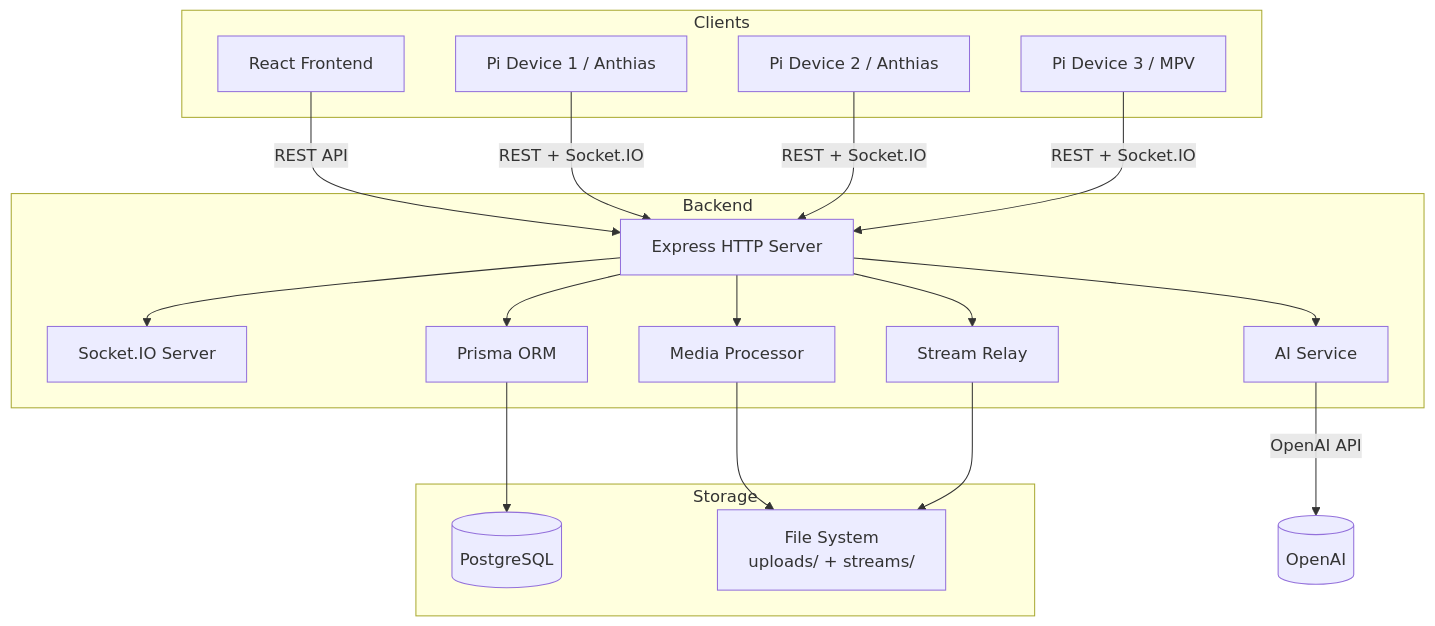
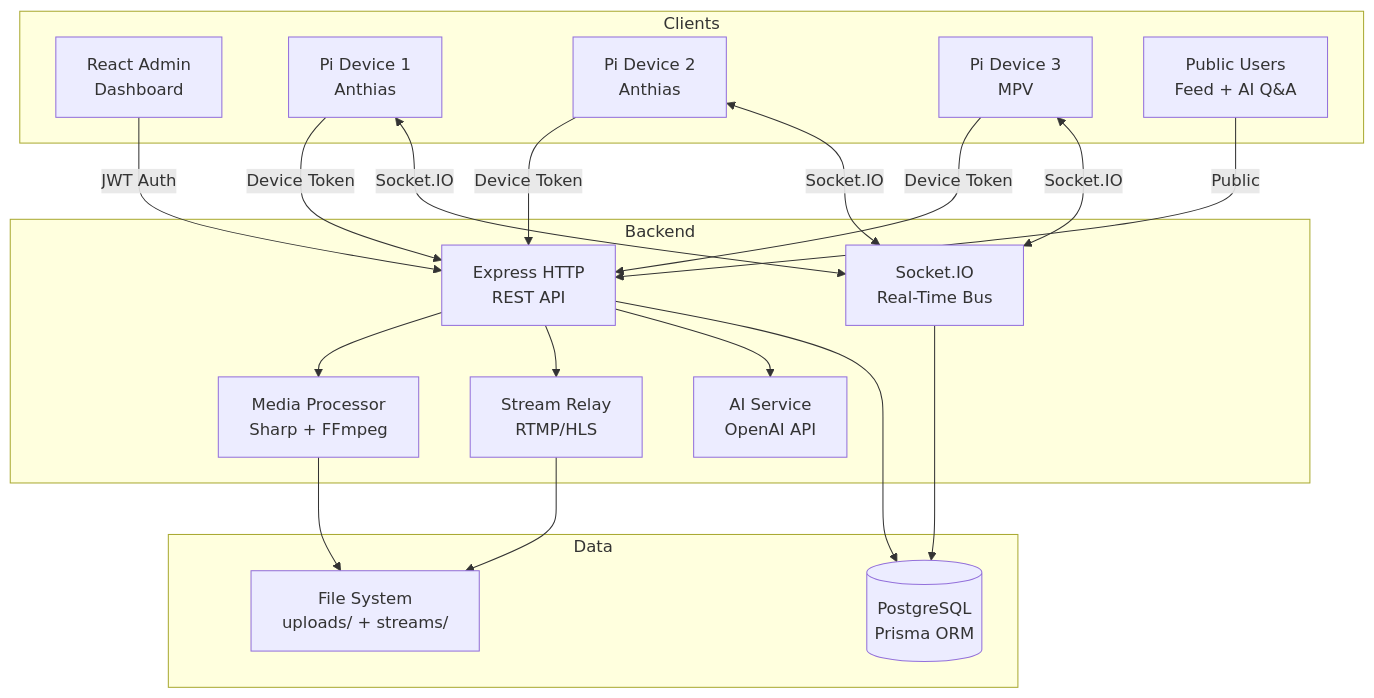
One commit to DevaBDM/Smart-Signage-System changed the first of 4 diagrams in backend/README.md. Above: the diagram before and after it, drawn with Mermaid. The commit also changed other lines of this file and 10 other files, not shown here.

````diff
--- a/backend/README.md
+++ b/backend/README.md
@@ -109,37 +102,39 @@
 ```mermaid
 flowchart TB
     subgraph Clients
-        A[React Frontend]
-        B[Pi Device 1 / Anthias]
-        C[Pi Device 2 / Anthias]
-        D[Pi Device 3 / MPV]
+        F[React Admin<br/>Dashboard]
+        P1[Pi Device 1<br/>Anthias]
+        P2[Pi Device 2<br/>Anthias]
+        P3[Pi Device 3<br/>MPV]
+        U[Public Users<br/>Feed + AI Q&A]
     end
 
     subgraph Backend
-        E[Express HTTP Server]
-        F[Socket.IO Server]
-        G[Prisma ORM]
-        H[Media Processor]
-        I[Stream Relay]
-        J[AI Service]
+        E[Express HTTP<br/>REST API]
+        S[Socket.IO<br/>Real-Time Bus]
+        M[Media Processor<br/>Sharp + FFmpeg]
+        R[Stream Relay<br/>RTMP/HLS]
+        A[AI Service<br/>OpenAI API]
     end
 
-    subgraph Storage
-        K[(PostgreSQL)]
-        L[File System<br/>uploads/ + streams/]
+    subgraph Data
+        DB[(PostgreSQL<br/>Prisma ORM)]
+        FS[File System<br/>uploads/ + streams/]
     end
 
-    A -->|REST API| E
-    B -->|REST + Socket.IO| E
-    C -->|REST + Socket.IO| E
-    D -->|REST + Socket.IO| E
-    E --> F
-    E --> G
-    G --> K
-    E --> H
-    H --> L
-    E --> I
-    I --> L
-    E --> J
-    J -->|OpenAI API| M[(OpenAI)]
+    F -->|JWT Auth| E
+    P1 -->|Device Token| E
+    P1 <-->|Socket.IO| S
+    P2 -->|Device Token| E
+    P2 <-->|Socket.IO| S
+    P3 -->|Device Token| E
+    P3 <-->|Socket.IO| S
+    U -->|Public| E
+    E --> M
+    M --> FS
+    E --> R
+    R --> FS
+    E --> A
+    E --> DB
+    S --> DB
 ```
````
